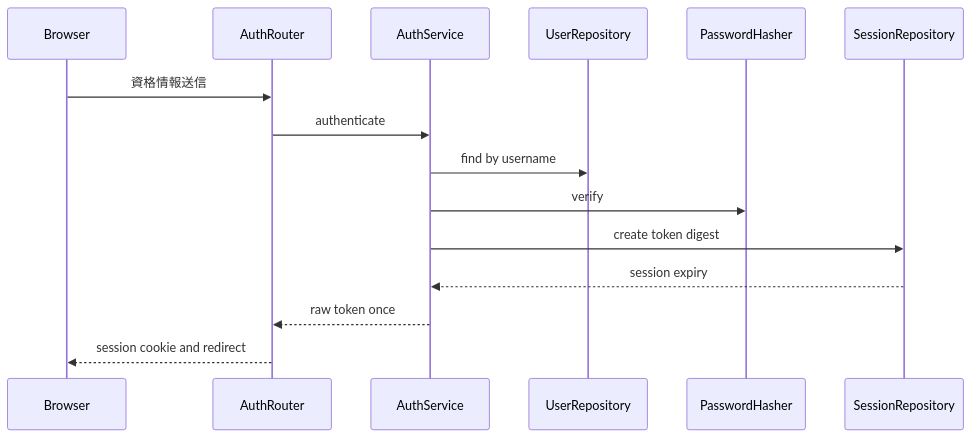
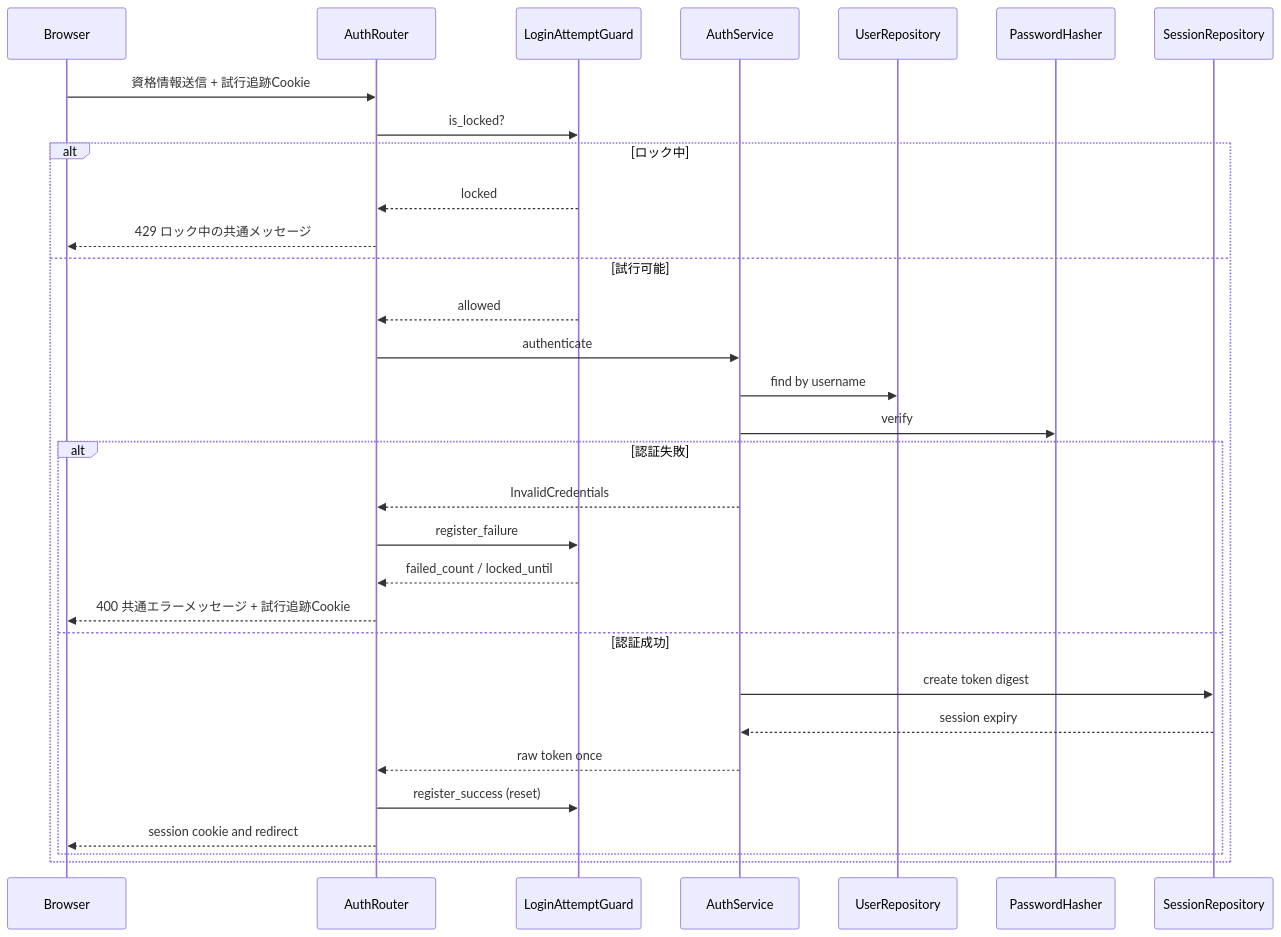
The second of 3 diagrams in .kiro/specs/local-user-authentication/design.md (iwamuratakashi/cc-sdd-workshop-team7-helpo), drawn with Mermaid before and after one commit. The commit also changed other lines of this file and 1 other file, not shown here.

````diff
--- a/.kiro/specs/local-user-authentication/design.md
+++ b/.kiro/specs/local-user-authentication/design.md
@@ -151,17 +159,33 @@
 ```mermaid
 sequenceDiagram
     participant Browser
     participant AuthRouter
+    participant LoginAttemptGuard
     participant AuthService
     participant UserRepository
     participant PasswordHasher
     participant SessionRepository
-    Browser->>AuthRouter: 資格情報送信
-    AuthRouter->>AuthService: authenticate
-    AuthService->>UserRepository: find by username
-    AuthService->>PasswordHasher: verify
-    AuthService->>SessionRepository: create token digest
-    SessionRepository-->>AuthService: session expiry
-    AuthService-->>AuthRouter: raw token once
-    AuthRouter-->>Browser: session cookie and redirect
+    Browser->>AuthRouter: 資格情報送信 + 試行追跡Cookie
+    AuthRouter->>LoginAttemptGuard: is_locked?
+    alt ロック中
+        LoginAttemptGuard-->>AuthRouter: locked
+        AuthRouter-->>Browser: 429 ロック中の共通メッセージ
+    else 試行可能
+        LoginAttemptGuard-->>AuthRouter: allowed
+        AuthRouter->>AuthService: authenticate
+        AuthService->>UserRepository: find by username
+        AuthService->>PasswordHasher: verify
+        alt 認証失敗
+            AuthService-->>AuthRouter: InvalidCredentials
+            AuthRouter->>LoginAttemptGuard: register_failure
+            LoginAttemptGuard-->>AuthRouter: failed_count / locked_until
+            AuthRouter-->>Browser: 400 共通エラーメッセージ + 試行追跡Cookie
+        else 認証成功
+            AuthService->>SessionRepository: create token digest
+            SessionRepository-->>AuthService: session expiry
+            AuthService-->>AuthRouter: raw token once
+            AuthRouter->>LoginAttemptGuard: register_success (reset)
+            AuthRouter-->>Browser: session cookie and redirect
+        end
+    end
 ```
````
